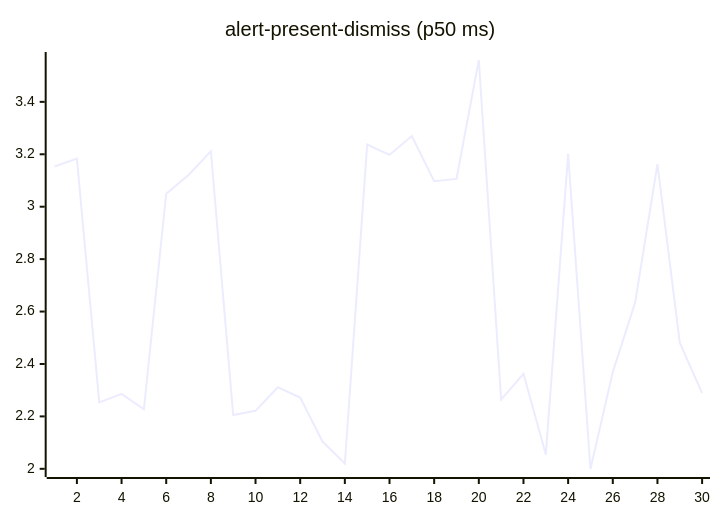
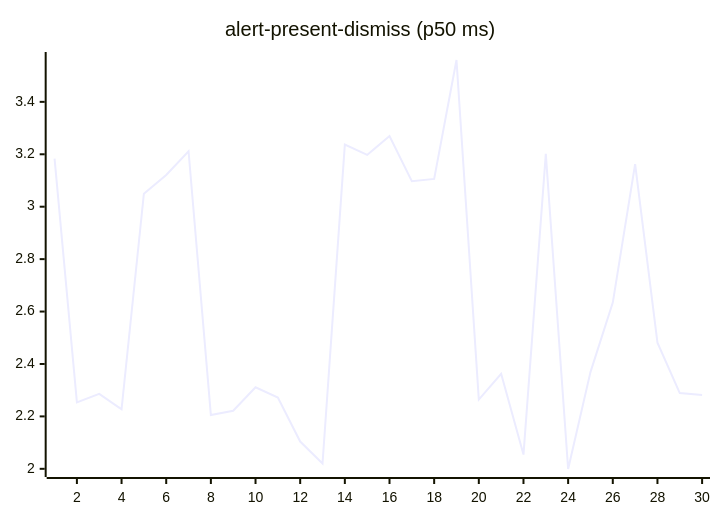
Before and after one commit to josha/Facet: the second of 27 diagrams in README.md, drawn with Mermaid. The commit also changed other lines of this file and 2 other files, not shown here.

````diff
--- a/README.md
+++ b/README.md
@@ -70,6 +70,6 @@
 ```mermaid
 xychart-beta
     title "alert-present-dismiss (p50 ms)"
     x-axis 1 --> 30
-    line [3.1536, 3.1837, 2.2536, 2.2857, 2.2272, 3.0496, 3.1212, 3.2117, 2.2054, 2.2216, 2.3109, 2.2722, 2.1040, 2.0200, 3.2371, 3.1976, 3.2697, 3.0970, 3.1061, 3.5597, 2.2642, 2.3626, 2.0543, 3.2013, 1.9993, 2.3689, 2.6340, 3.1626, 2.4814, 2.2888]
+    line [3.1837, 2.2536, 2.2857, 2.2272, 3.0496, 3.1212, 3.2117, 2.2054, 2.2216, 2.3109, 2.2722, 2.1040, 2.0200, 3.2371, 3.1976, 3.2697, 3.0970, 3.1061, 3.5597, 2.2642, 2.3626, 2.0543, 3.2013, 1.9993, 2.3689, 2.6340, 3.1626, 2.4814, 2.2888, 2.2819]
 ```
````
